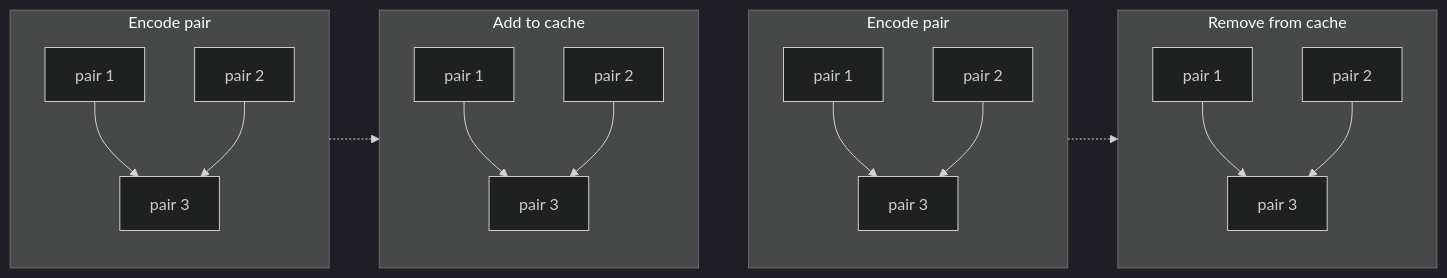
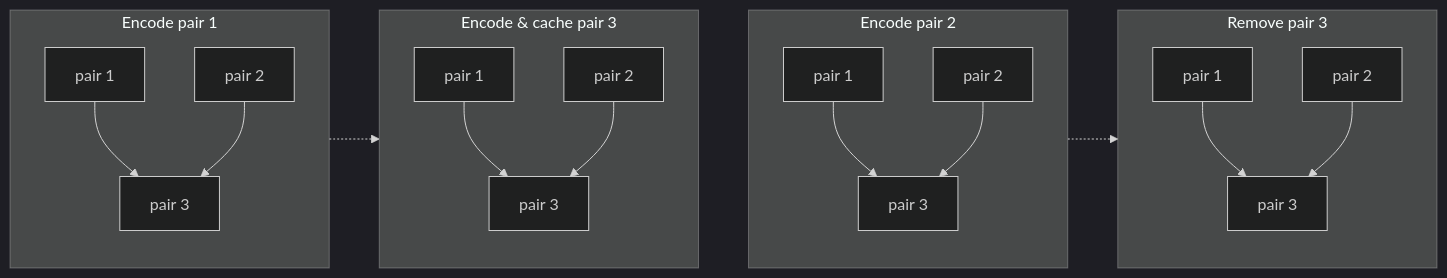
One commit to raviqqe/doc changed the diagram in slides/papers/stak-scheme/merge.mmd. Above: the diagram before and after it, drawn with Mermaid (dark theme).

```diff
--- a/slides/papers/stak-scheme/merge.mmd
+++ b/slides/papers/stak-scheme/merge.mmd
@@ -1,34 +1,34 @@
 flowchart LR
-  subgraph s0[Encode pair]
+  subgraph s0[Encode pair 1]
     direction TB
 
     c0[pair 1]:::blue --> c2[pair 3]
     c1[pair 2] --> c2
   end
 
   s0 -.-> s1
 
-  subgraph s1[Add to cache]
+  subgraph s1[Encode & cache pair 3]
     direction TB
 
     c3[pair 1] --> c5[pair 3]:::blue
     c4[pair 2] --> c5
   end
 
   s1 ~~~ s2
 
-  subgraph s2[Encode pair]
+  subgraph s2[Encode pair 2]
     direction TB
 
     c6[pair 1] --> c8[pair 3]
     c7[pair 2]:::blue --> c8
   end
 
   s2 -.-> s3
 
-  subgraph s3[Remove from cache]
+  subgraph s3[Remove pair 3]
     direction TB
 
     c9[pair 1] --> c11[pair 3]:::red
     c10[pair 2] --> c11
   end
```
